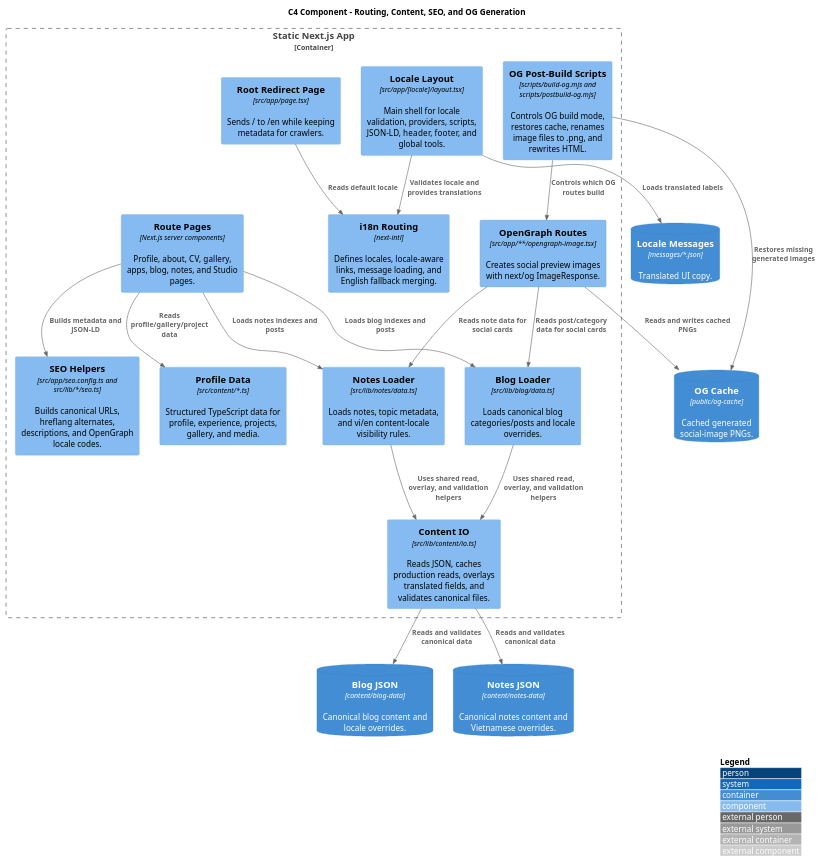
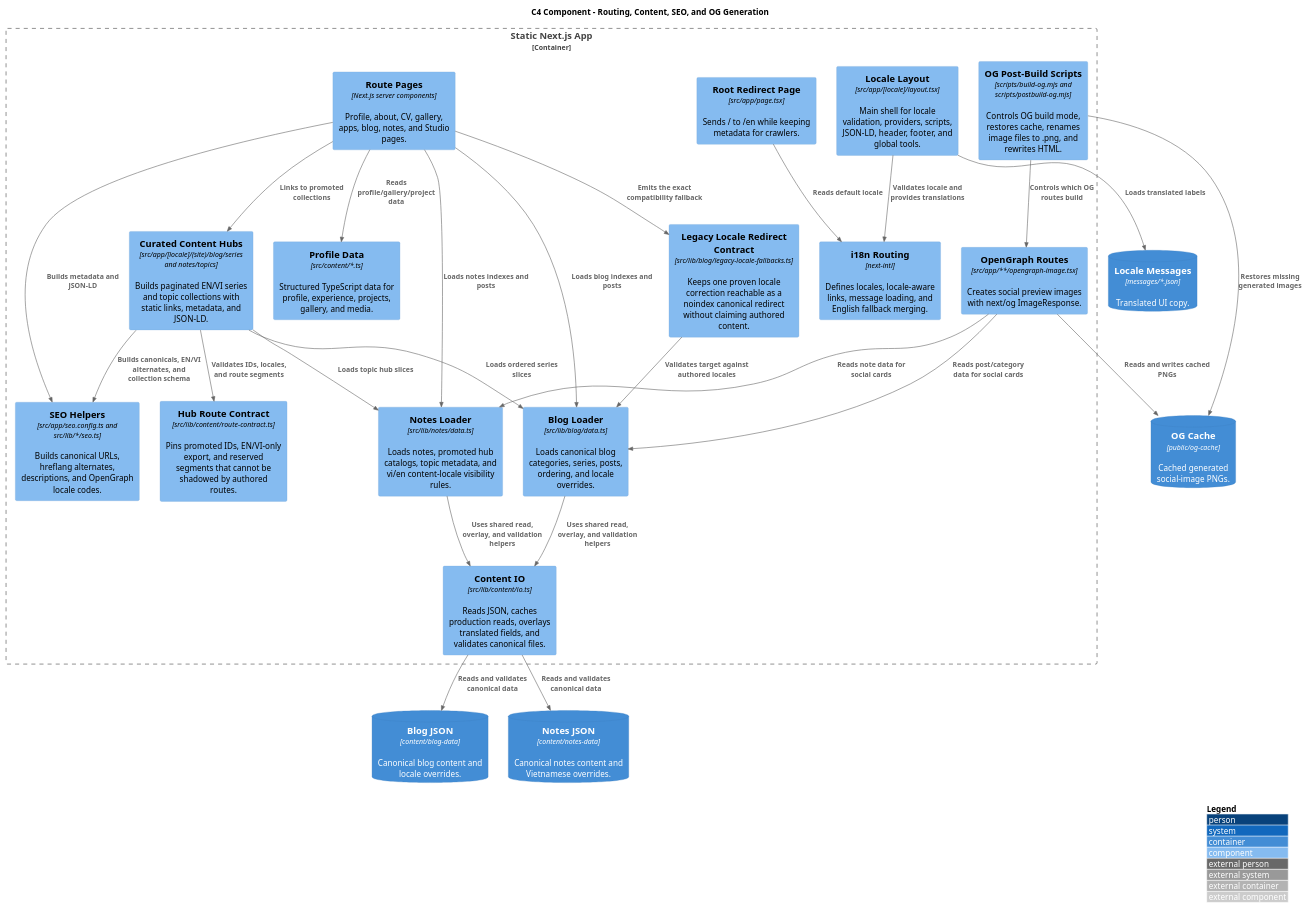
Before and after one commit to nguyenlephong/nguyenlephong.github.io: the diagram in docs/diagrams/c4-component-content.puml, drawn with PlantUML. The commit also changed 58 other files, not shown here.

Commit message:
feat(seo): add curated content hubs

```diff
--- a/docs/diagrams/c4-component-content.puml
+++ b/docs/diagrams/c4-component-content.puml
@@ -1,44 +1,54 @@
 @startuml c4_component_content
 !include https://raw.githubusercontent.com/plantuml-stdlib/C4-PlantUML/master/C4_Component.puml
 
 LAYOUT_WITH_LEGEND()
 
 title C4 Component - Routing, Content, SEO, and OG Generation
 
 Container_Boundary(app, "Static Next.js App") {
   Component(root_page, "Root Redirect Page", "src/app/page.tsx", "Sends / to /en while keeping metadata for crawlers.")
   Component(locale_layout, "Locale Layout", "src/app/[locale]/layout.tsx", "Main shell for locale validation, providers, scripts, JSON-LD, header, footer, and global tools.")
   Component(route_pages, "Route Pages", "Next.js server components", "Profile, about, CV, gallery, apps, blog, notes, and Studio pages.")
+  Component(content_hubs, "Curated Content Hubs", "src/app/[locale]/(site)/blog/series and notes/topics", "Builds paginated EN/VI series and topic collections with static links, metadata, and JSON-LD.")
+  Component(hub_contract, "Hub Route Contract", "src/lib/content/route-contract.ts", "Pins promoted IDs, EN/VI-only export, and reserved segments that cannot be shadowed by authored routes.")
+  Component(legacy_locale, "Legacy Locale Redirect Contract", "src/lib/blog/legacy-locale-fallbacks.ts", "Keeps one proven locale correction reachable as a noindex canonical redirect without claiming authored content.")
   Component(i18n, "i18n Routing", "next-intl", "Defines locales, locale-aware links, message loading, and English fallback merging.")
   Component(content_io, "Content IO", "src/lib/content/io.ts", "Reads JSON, caches production reads, overlays translated fields, and validates canonical files.")
-  Component(blog_loader, "Blog Loader", "src/lib/blog/data.ts", "Loads canonical blog categories/posts and locale overrides.")
-  Component(notes_loader, "Notes Loader", "src/lib/notes/data.ts", "Loads notes, topic metadata, and vi/en content-locale visibility rules.")
+  Component(blog_loader, "Blog Loader", "src/lib/blog/data.ts", "Loads canonical blog categories, series, posts, ordering, and locale overrides.")
+  Component(notes_loader, "Notes Loader", "src/lib/notes/data.ts", "Loads notes, promoted hub catalogs, topic metadata, and vi/en content-locale visibility rules.")
   Component(profile_data, "Profile Data", "src/content/*.ts", "Structured TypeScript data for profile, experience, projects, gallery, and media.")
   Component(seo_helpers, "SEO Helpers", "src/app/seo.config.ts and src/lib/*/seo.ts", "Builds canonical URLs, hreflang alternates, descriptions, and OpenGraph locale codes.")
   Component(og_routes, "OpenGraph Routes", "src/app/**/opengraph-image.tsx", "Creates social preview images with next/og ImageResponse.")
   Component(og_scripts, "OG Post-Build Scripts", "scripts/build-og.mjs and scripts/postbuild-og.mjs", "Controls OG build mode, restores cache, renames image files to .png, and rewrites HTML.")
 }
 
 ContainerDb(messages, "Locale Messages", "messages/*.json", "Translated UI copy.")
 ContainerDb(blog_json, "Blog JSON", "content/blog-data", "Canonical blog content and locale overrides.")
 ContainerDb(notes_json, "Notes JSON", "content/notes-data", "Canonical notes content and Vietnamese overrides.")
 ContainerDb(og_cache, "OG Cache", "public/og-cache", "Cached generated social-image PNGs.")
 
 Rel(root_page, i18n, "Reads default locale")
 Rel(locale_layout, i18n, "Validates locale and provides translations")
 Rel(locale_layout, messages, "Loads translated labels")
 Rel(route_pages, blog_loader, "Loads blog indexes and posts")
 Rel(route_pages, notes_loader, "Loads notes indexes and posts")
+Rel(route_pages, content_hubs, "Links to promoted collections")
+Rel(content_hubs, hub_contract, "Validates IDs, locales, and route segments")
+Rel(route_pages, legacy_locale, "Emits the exact compatibility fallback")
+Rel(legacy_locale, blog_loader, "Validates target against authored locales")
+Rel(content_hubs, blog_loader, "Loads ordered series slices")
+Rel(content_hubs, notes_loader, "Loads topic hub slices")
+Rel(content_hubs, seo_helpers, "Builds canonicals, EN/VI alternates, and collection schema")
 Rel(route_pages, profile_data, "Reads profile/gallery/project data")
 Rel(route_pages, seo_helpers, "Builds metadata and JSON-LD")
 Rel(blog_loader, content_io, "Uses shared read, overlay, and validation helpers")
 Rel(notes_loader, content_io, "Uses shared read, overlay, and validation helpers")
 Rel(content_io, blog_json, "Reads and validates canonical data")
 Rel(content_io, notes_json, "Reads and validates canonical data")
 Rel(og_routes, blog_loader, "Reads post/category data for social cards")
 Rel(og_routes, notes_loader, "Reads note data for social cards")
 Rel(og_routes, og_cache, "Reads and writes cached PNGs")
 Rel(og_scripts, og_routes, "Controls which OG routes build")
 Rel(og_scripts, og_cache, "Restores missing generated images")
 
 @enduml
```
